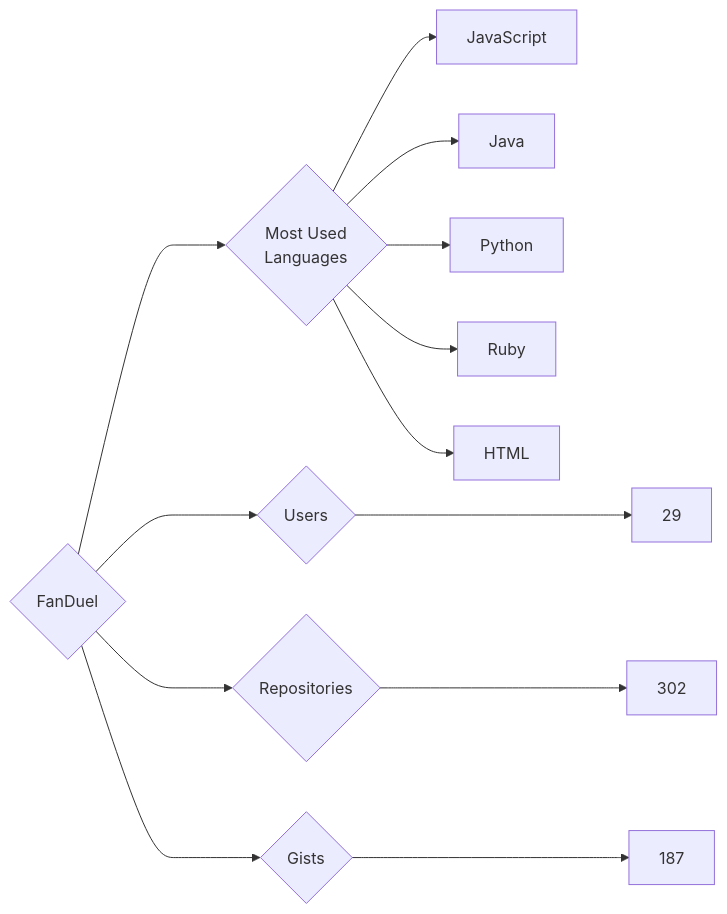
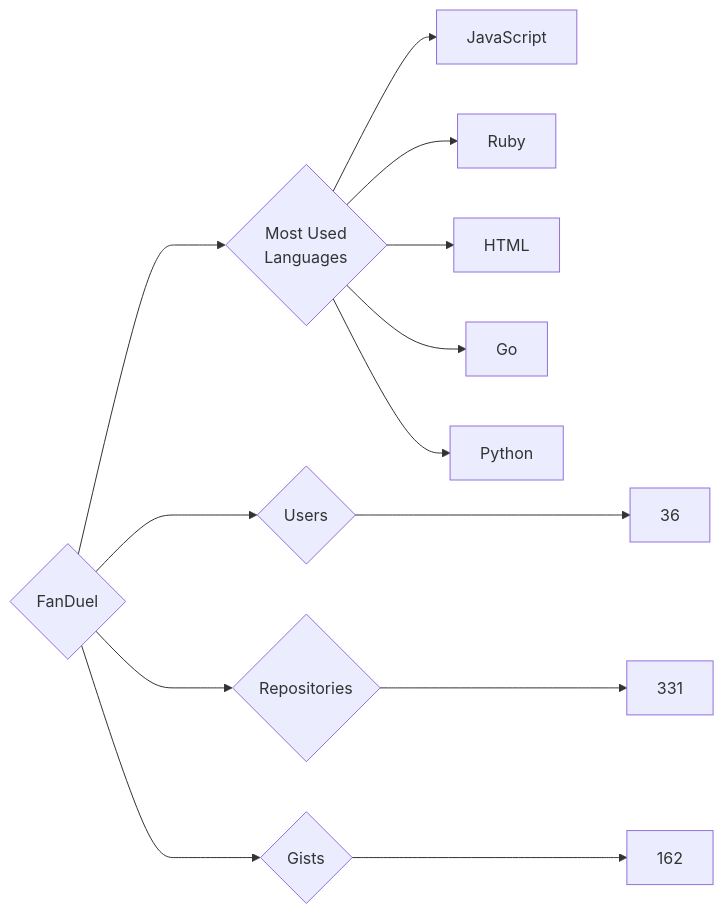
The diagram in targets/FanDuel/README.md (trickest/insiders), drawn with Mermaid before and after one commit. The commit also changed 714 other files, not shown here.

````diff
--- a/targets/FanDuel/README.md
+++ b/targets/FanDuel/README.md
@@ -3,13 +3,13 @@
 ```mermaid
 graph LR
 COMPANY_NAME{FanDuel}
-COMPANY_NAME ---> U{Users} ---> UN[29]
-COMPANY_NAME ---> R{Repositories} ---> RN[302]
-COMPANY_NAME ---> G{Gists} ---> GN[187]
+COMPANY_NAME ---> U{Users} ---> UN[36]
+COMPANY_NAME ---> R{Repositories} ---> RN[331]
+COMPANY_NAME ---> G{Gists} ---> GN[162]
 COMPANY_NAME ---> ML{Most Used<br>Languages}
 ML --> JavaScript[JavaScript]
-ML --> Java[Java]
-ML --> Python[Python]
 ML --> Ruby[Ruby]
 ML --> HTML[HTML]
+ML --> Go[Go]
+ML --> Python[Python]
 ```
````
